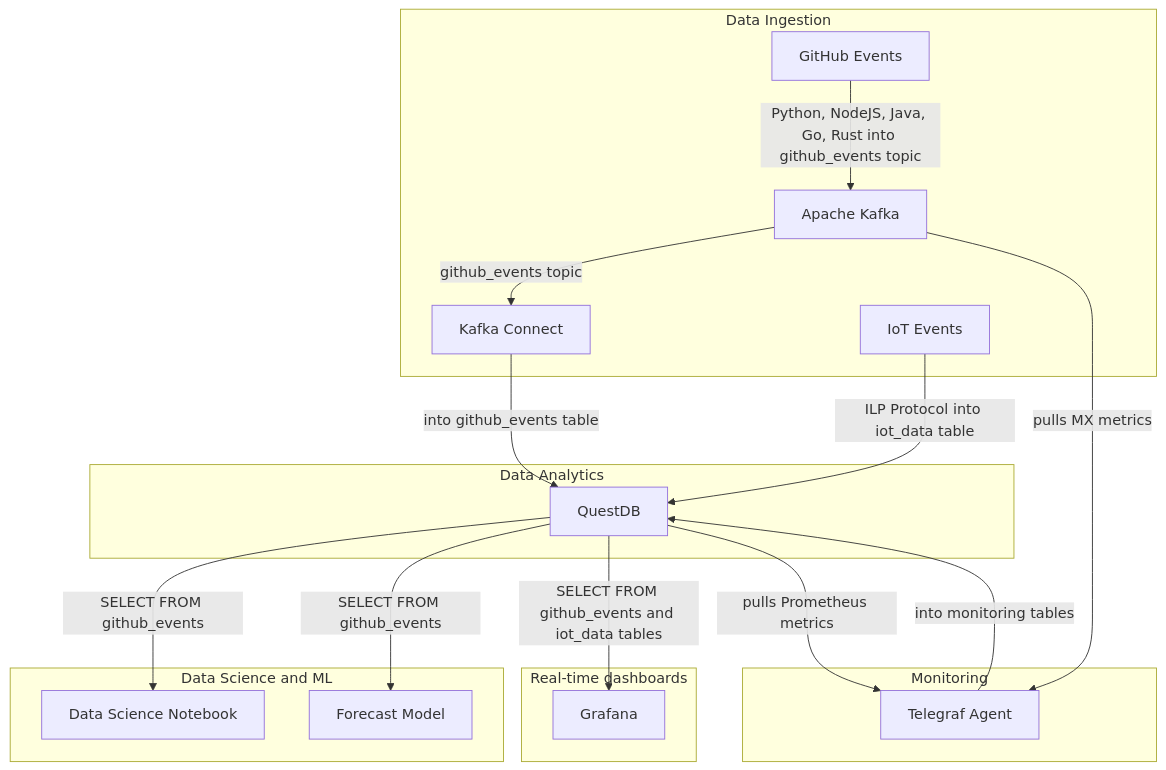
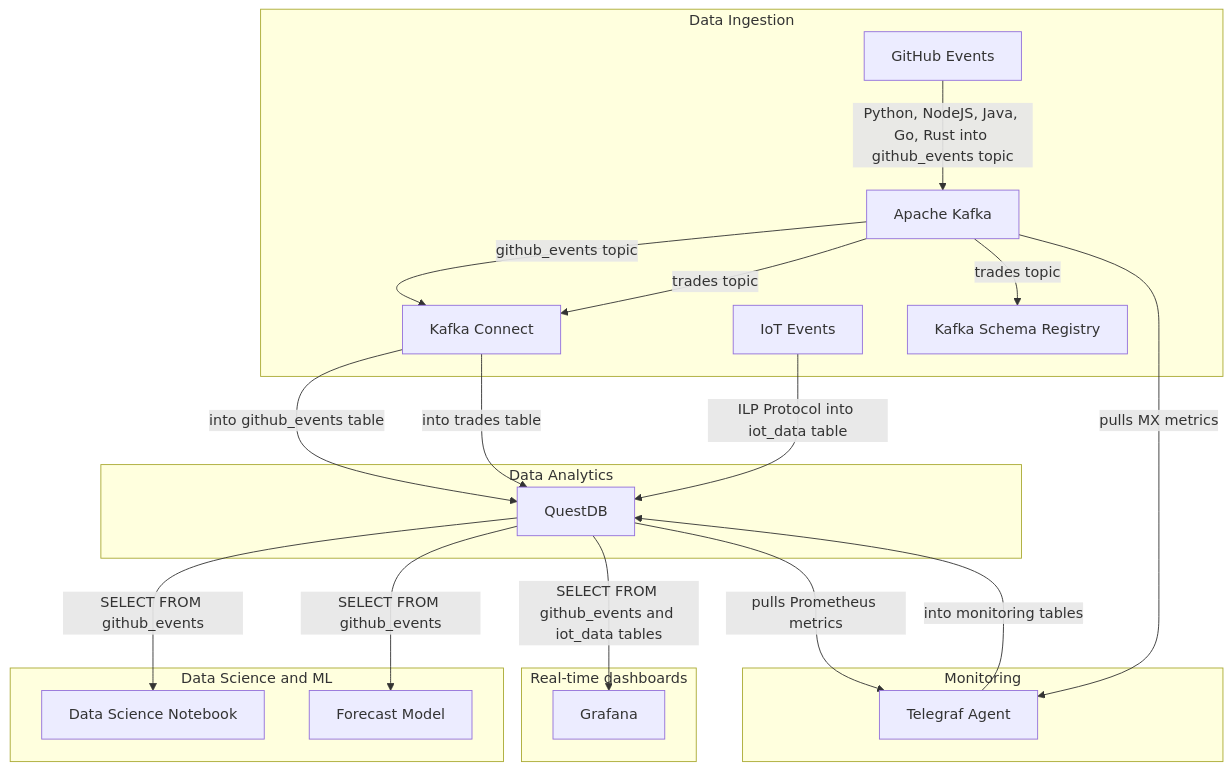
Before and after one commit to questdb/time-series-streaming-analytics-template: the diagram in README.md, drawn with Mermaid. The commit also changed other lines of this file, not shown here.

Commit message:
adding kafka schema registry and trades dataset info

````diff
--- a/README.md
+++ b/README.md
@@ -37,31 +37,34 @@
 ```mermaid
 graph TD
    subgraph "Data Analytics"
     Q[QuestDB]
   end
 
   subgraph "Data Science and ML"
     Q -->|SELECT FROM github_events| DSN[Data Science Notebook]
     Q -->|SELECT FROM github_events| FM[Forecast Model]
   end
 
 
   subgraph "Data Ingestion"
     GE[GitHub Events] -->|Python, NodeJS, Java, Go, Rust into github_events topic | AK[Apache Kafka]
     AK -->|github_events topic| KC
     IE[IoT Events] -->|ILP Protocol into iot_data table| Q
+    AK -->|trades topic| KC
+    AK -->|trades topic| KSR[Kafka Schema Registry]
     KC[Kafka Connect] -->|into github_events table| Q[QuestDB]
+    KC[Kafka Connect] -->|into trades table| Q[QuestDB]
   end
 
   subgraph "Real-time dashboards"
     Q -->|SELECT FROM github_events and iot_data tables| G[Grafana]
   end
 
 
 
   subgraph Monitoring
     Q -->|pulls Prometheus metrics| TA[Telegraf Agent]
     AK -->|pulls MX metrics| TA
     TA -->|into monitoring tables| Q
   end
 ```
````
